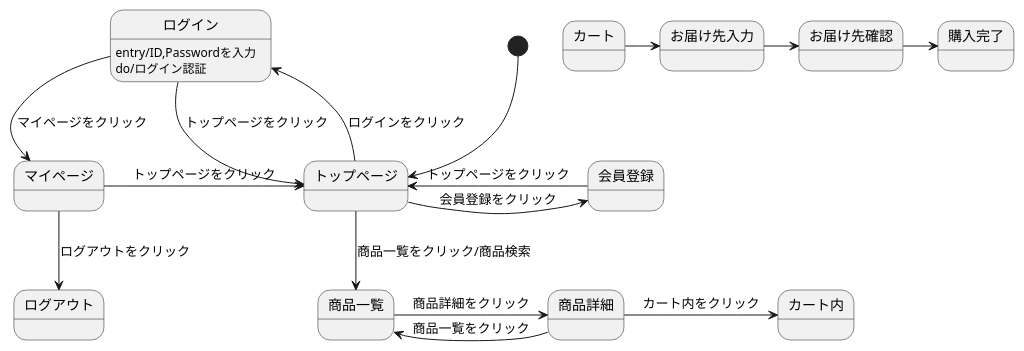
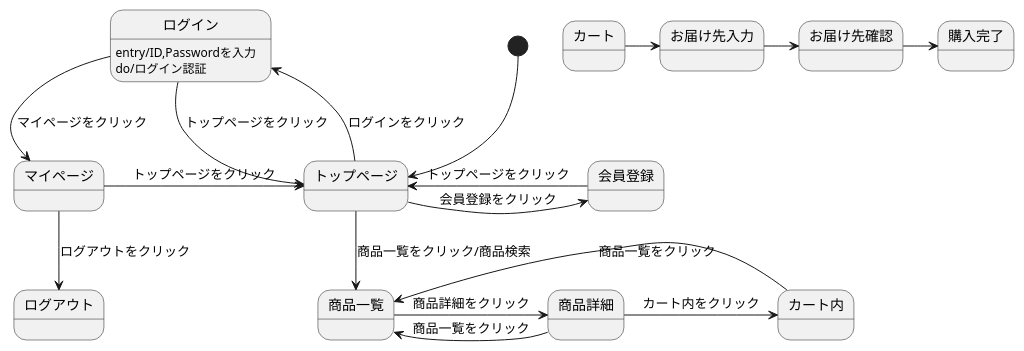
One commit to Aso2001163/2021sys-design-2 changed the diagram in stm01.md. Above: the diagram before and after it, drawn with PlantUML.

````diff
--- a/stm01.md
+++ b/stm01.md
@@ -1,21 +1,22 @@
 ```uml
 @startuml
 [*] --> トップページ
 トップページ -> 会員登録 : 会員登録をクリック
 会員登録 -> トップページ : トップページをクリック
 トップページ -left-> ログイン : ログインをクリック
 ログイン -> トップページ : トップページをクリック
 ログイン -down-> マイページ : マイページをクリック
 ログイン:entry/ID,Passwordを入力
 ログイン:do/ログイン認証
 マイページ -> トップページ : トップページをクリック
 マイページ -down-> ログアウト : ログアウトをクリック
 トップページ --> 商品一覧 : 商品一覧をクリック/商品検索
 商品一覧 -> 商品詳細 : 商品詳細をクリック  
 商品詳細 -> 商品一覧 : 商品一覧をクリック
 商品詳細 -> カート内 : カート内をクリック
+カート内 -> 商品一覧 : 商品一覧をクリック
 カート -> お届け先入力
 お届け先入力 -> お届け先確認
 お届け先確認 -> 購入完了
 @enduml
 ```
````
